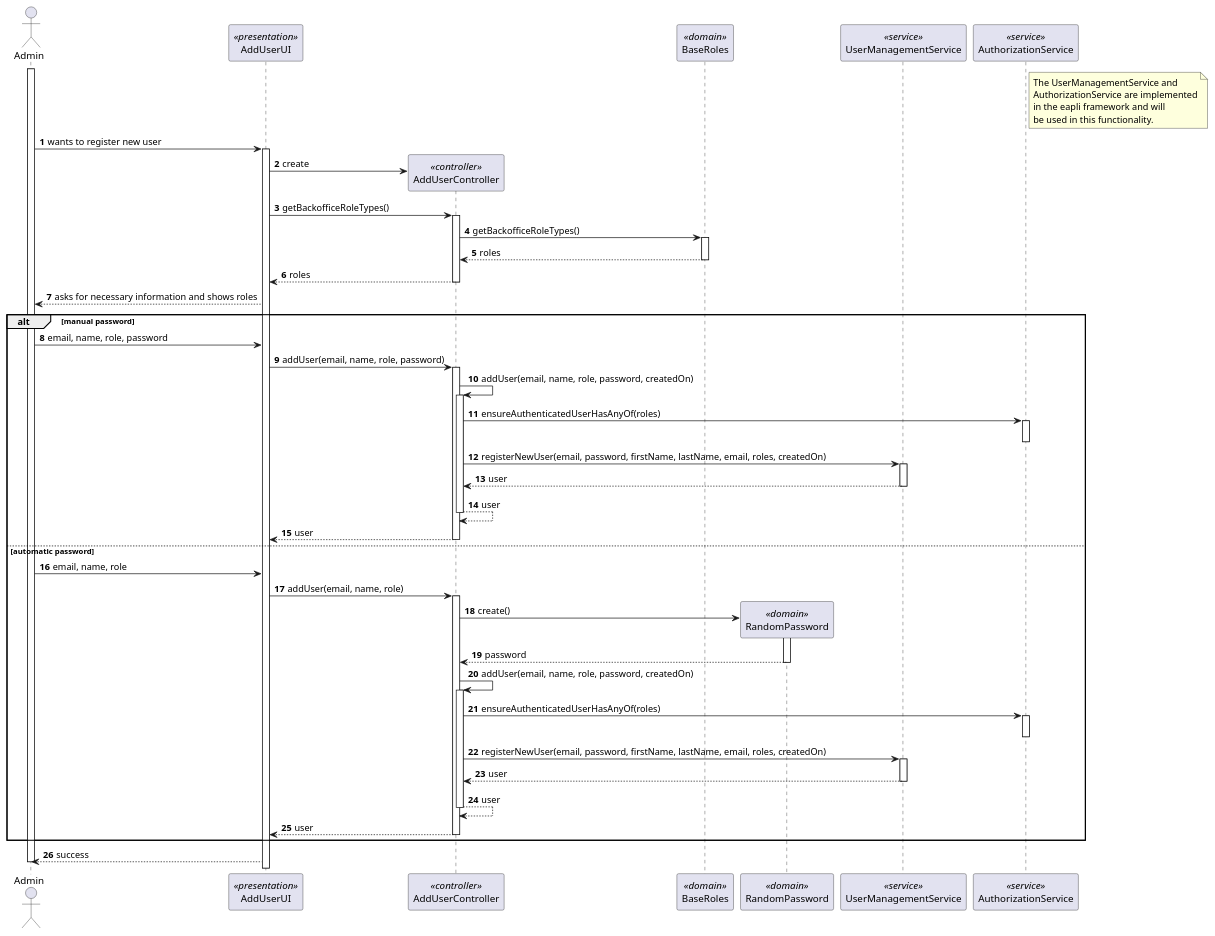
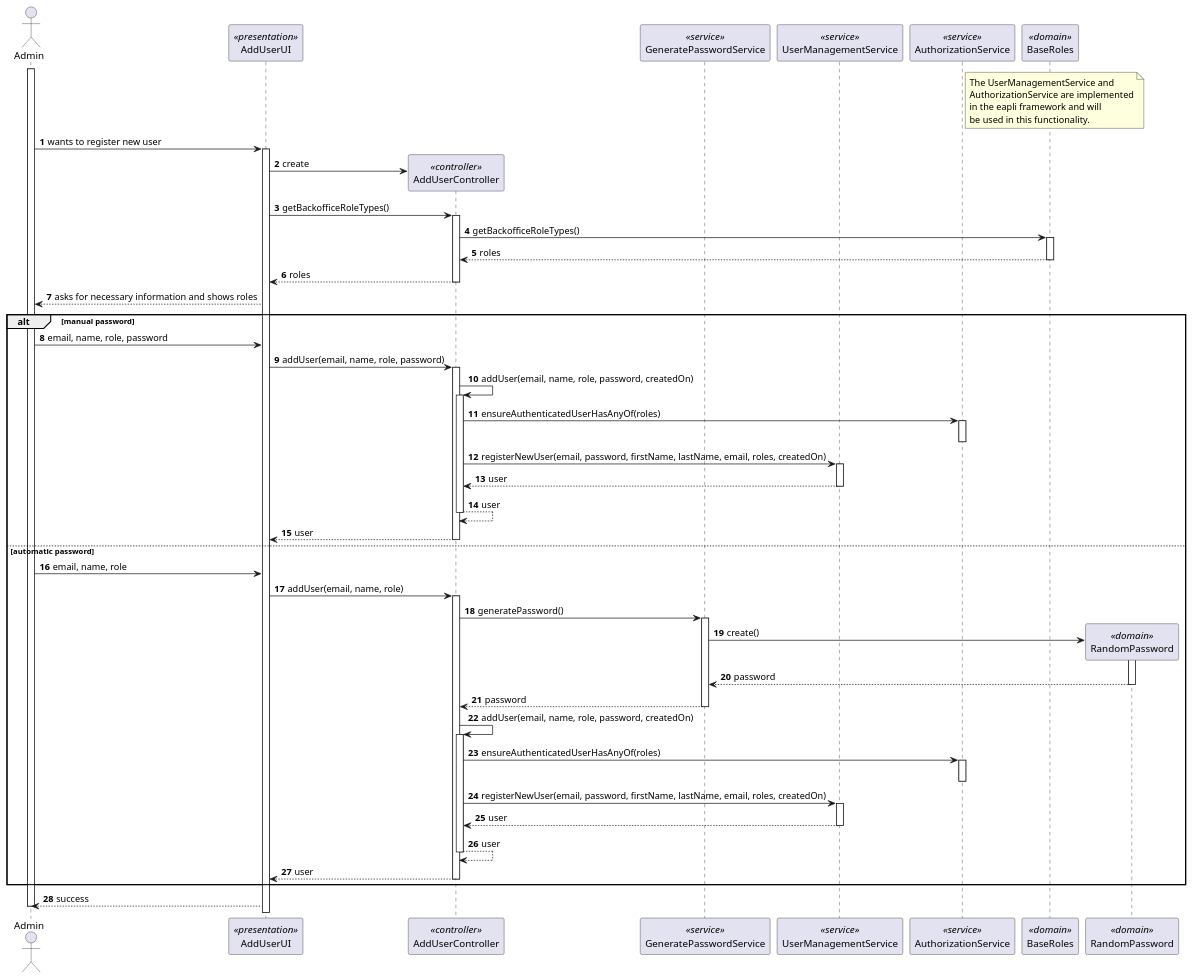
Before and after one commit to rita-barbosa/LAPR4-2324: the diagram in docs/sb_us_1000/sequence-diagram-register-user.puml, drawn with PlantUML. The commit also changed 5 other files, not shown here.

Commit message:
docs: updates us_1000 sequence and class diagrams. [#83]

```diff
--- a/docs/sb_us_1000/sequence-diagram-register-user.puml
+++ b/docs/sb_us_1000/sequence-diagram-register-user.puml
@@ -1,107 +1,116 @@
 @startuml
 autonumber
 
 
 actor "Admin" as AD
 
 participant "AddUserUI" as RUUI <<presentation>>
 participant "AddUserController" as AUC <<controller>>
+participant "GeneratePasswordService" as GPS <<service>>
+participant "UserManagementService" as UMS <<service>>
+participant "AuthorizationService" as AUTHZ <<service>>
 participant "BaseRoles" as BR <<domain>>
 participant "RandomPassword" as PG <<domain>>
-participant "UserManagementService" as UMS <<service>>
-participant "AuthorizationService" as AUTHZ <<service>>
+
 
 
 note right AUTHZ
 The UserManagementService and
 AuthorizationService are implemented
 in the eapli framework and will
 be used in this functionality.
 end note
 
 activate AD
 
 AD -> RUUI: wants to register new user
 activate RUUI
 
 RUUI -> AUC**: create
 
 RUUI -> AUC :getBackofficeRoleTypes()
 activate AUC
 
 AUC -> BR :getBackofficeRoleTypes()
 activate BR
 
 BR --> AUC: roles
 deactivate BR
 
 AUC --> RUUI: roles
 deactivate AUC
 
 RUUI --> AD: asks for necessary information and shows roles
 
 alt manual password
 AD -> RUUI: email, name, role, password
 RUUI -> AUC: addUser(email, name, role, password)
 activate AUC
 
 AUC -> AUC: addUser(email, name, role, password, createdOn)
 activate AUC
 
 AUC -> AUTHZ:  ensureAuthenticatedUserHasAnyOf(roles)
 activate AUTHZ
 
 deactivate AUTHZ
 
 AUC -> UMS: registerNewUser(email, password, firstName, lastName, email, roles, createdOn)
 activate UMS
 
 
 
 UMS --> AUC: user
 deactivate UMS
 
 AUC --> AUC: user
 deactivate AUC
 
 AUC --> RUUI: user
 deactivate AUC
 
 else automatic password
 AD -> RUUI: email, name, role
 RUUI -> AUC: addUser(email, name, role)
 activate AUC
 
-AUC -> PG**: create()
+AUC -> GPS: generatePassword()
+activate GPS
+
+GPS -> PG**: create()
 activate PG
 
-PG --> AUC: password
+PG --> GPS: password
 deactivate PG
+
+GPS --> AUC: password
+deactivate GPS
+
 
 AUC -> AUC: addUser(email, name, role, password, createdOn)
 activate AUC
 
 AUC -> AUTHZ:  ensureAuthenticatedUserHasAnyOf(roles)
 activate AUTHZ
 
 deactivate AUTHZ
 
 AUC -> UMS: registerNewUser(email, password, firstName, lastName, email, roles, createdOn)
 activate UMS
 
 UMS --> AUC: user
 deactivate UMS
 
 AUC --> AUC: user
 deactivate AUC
 
 AUC --> RUUI: user
 deactivate AUC
 
 end
 
 RUUI --> AD: success
 
 deactivate AD
 
 @enduml
```
